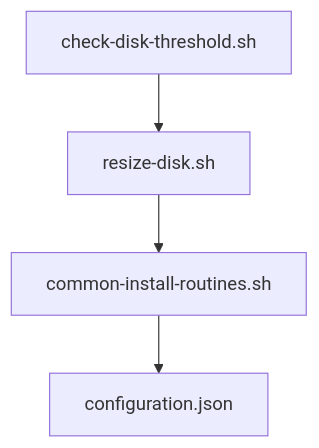
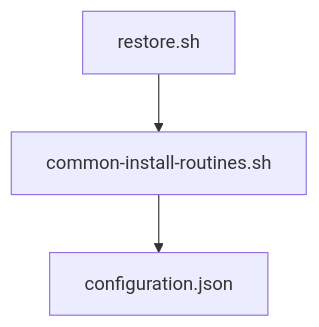
One commit to TAPPaaS/TAPPaaS changed the tenth of 13 diagrams in src/foundation/DEPENDENCIES.md. Above: the diagram before and after it, drawn with Mermaid. The commit also changed other lines of this file and 11 other files, not shown here.

````diff
--- a/src/foundation/DEPENDENCIES.md
+++ b/src/foundation/DEPENDENCIES.md
@@ -241,6 +300,5 @@
 ```mermaid
 graph TD
-    A["check-disk-threshold.sh"] --> B["resize-disk.sh"]
-    B --> C["common-install-routines.sh"]
-    C --> D["configuration.json"]
+    A["restore.sh"] --> B["common-install-routines.sh"]
+    B --> C["configuration.json"]
 ```
````
